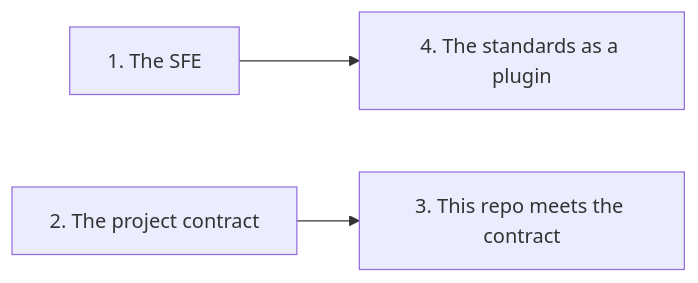
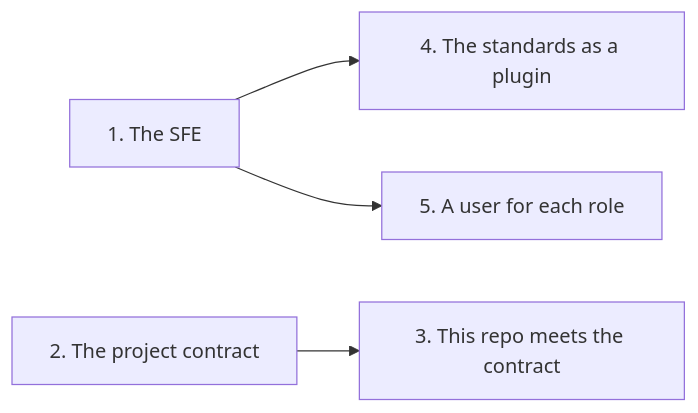
One commit to nimbusscale/software-factory changed the diagram in docs/blueprints/running-on-a-project.md. Above: the diagram before and after it, drawn with Mermaid. The commit also changed other lines of this file, not shown here.

First line of the commit message:
Add a phase that runs each role as its own user

````diff
--- a/docs/blueprints/running-on-a-project.md
+++ b/docs/blueprints/running-on-a-project.md
@@ -53,5 +54,6 @@
 ```mermaid
 flowchart LR
     P1[1. The SFE] --> P4[4. The standards as a plugin]
+    P1 --> P5[5. A user for each role]
     P2[2. The project contract] --> P3[3. This repo meets the contract]
 ```
````
